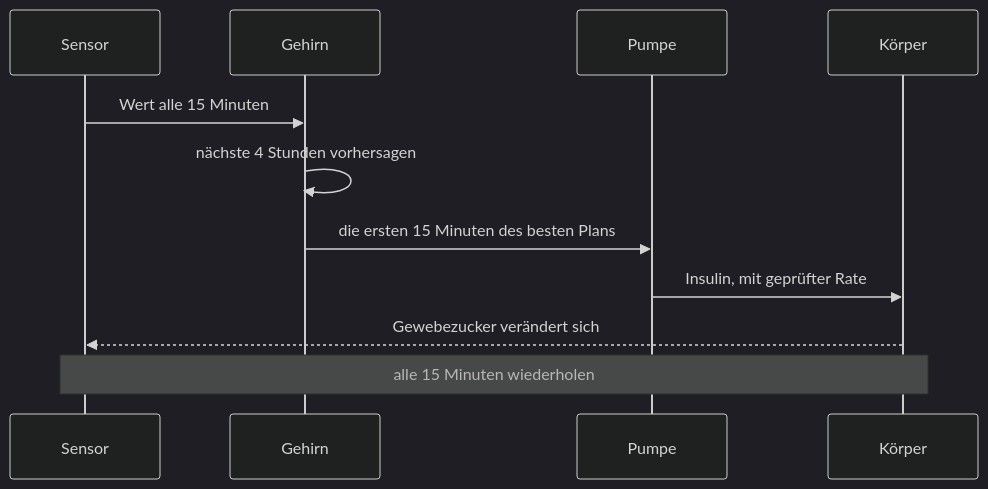
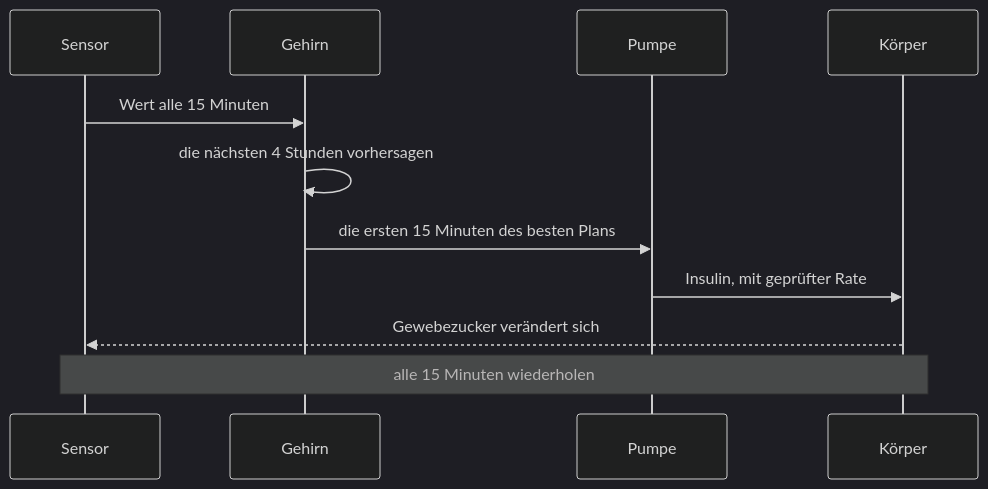
One commit to jodli/tir-tuner changed the second of 2 diagrams in docs/patient/de/index.md. Above: the diagram before and after it, drawn with Mermaid (dark theme). The commit also changed other lines of this file and 5 other files, not shown here.

````diff
--- a/docs/patient/de/index.md
+++ b/docs/patient/de/index.md
@@ -40,13 +40,13 @@
 ```mermaid
 sequenceDiagram
     participant S as Sensor
     participant G as Gehirn
     participant P as Pumpe
     participant V as Körper
     S->>G: Wert alle 15 Minuten
-    G->>G: nächste 4 Stunden vorhersagen
+    G->>G: die nächsten 4 Stunden vorhersagen
     G->>P: die ersten 15 Minuten des besten Plans
     P->>V: Insulin, mit geprüfter Rate
     V-->>S: Gewebezucker verändert sich
     Note over S,V: alle 15 Minuten wiederholen
 ```
````
